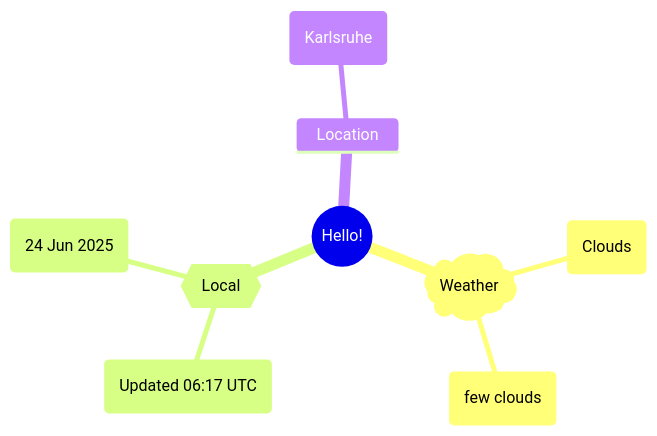
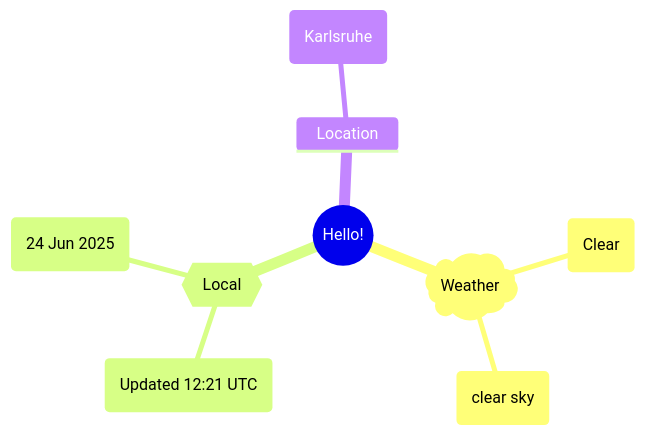
One commit to Xosrov/Xosrov changed the first of 2 diagrams in README.md. Above: the diagram before and after it, drawn with Mermaid.

Commit message:
[bot] updated images

````diff
--- a/README.md
+++ b/README.md
@@ -3,12 +3,12 @@
 ```mermaid
 mindmap
   root((Hello!))
     )Weather(
-        (Clouds)
-        (few clouds)
+        (Clear)
+        (clear sky)
     {{Local}}
-        (Updated 06:17 UTC)
+        (Updated 12:21 UTC)
         (24 Jun 2025)
     Location
         (Karlsruhe)
 ```
````
